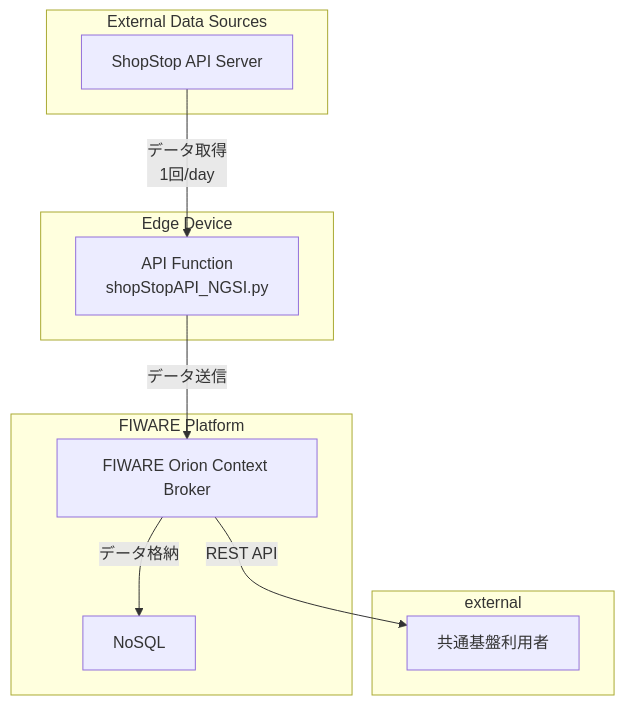
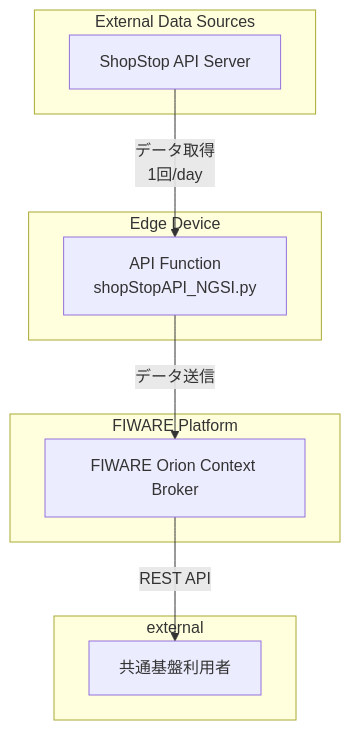
One commit to elnas0311/FDC changed the diagram in architecture.md. Above: the diagram before and after it, drawn with Mermaid. The commit also changed other lines of this file, not shown here.

Commit message:
シーケンス図の説明を「システムアーキテクチャの説明」に変更し、アーキテクチャ図からNoSQLの表記を削除

````diff
--- a/architecture.md
+++ b/architecture.md
@@ -1,28 +1,26 @@
 ```mermaid
 
 graph TD
     A[ShopStop API Server] -->|データ取得<br>1回/day| B[API Function<br>shopStopAPI_NGSI.py]
     B -->|データ送信| D[FIWARE Orion Context Broker]
-    D -->|データ格納| E[NoSQL]
     D -->|REST API| G[共通基盤利用者]
 
     subgraph Edge Device
         B
     end
 
     subgraph FIWARE Platform
         D
-        E
     end
 
     subgraph External Data Sources
         A
     end
 
     subgraph external
         G
     end
     
 
 
 ```
````
